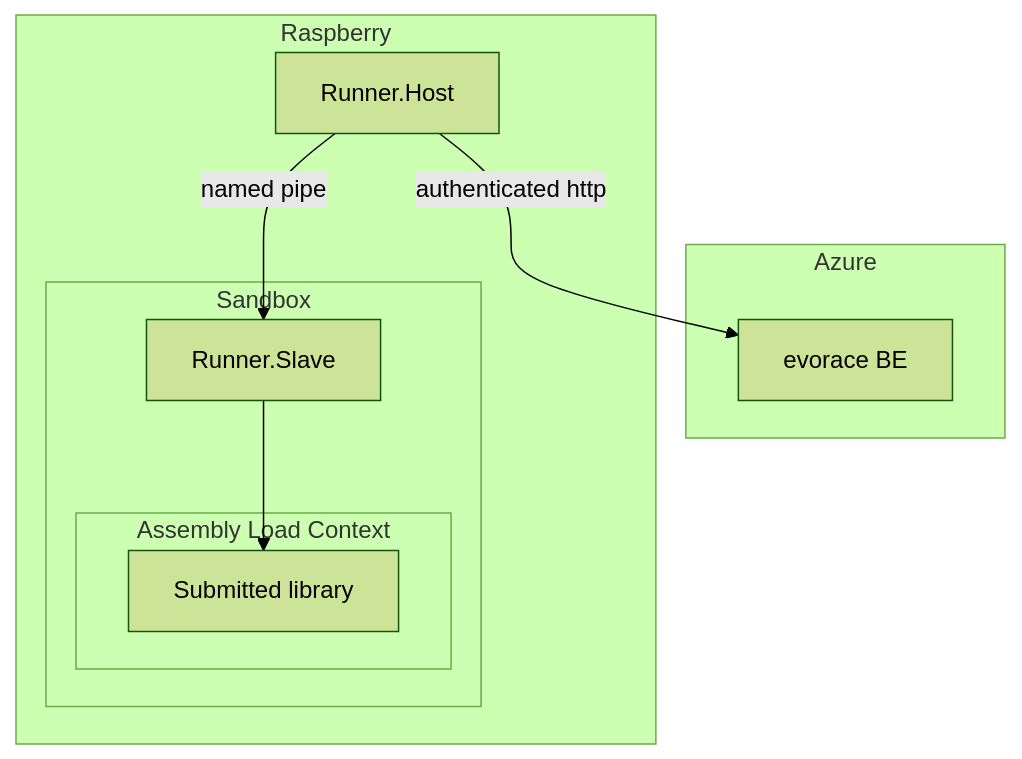
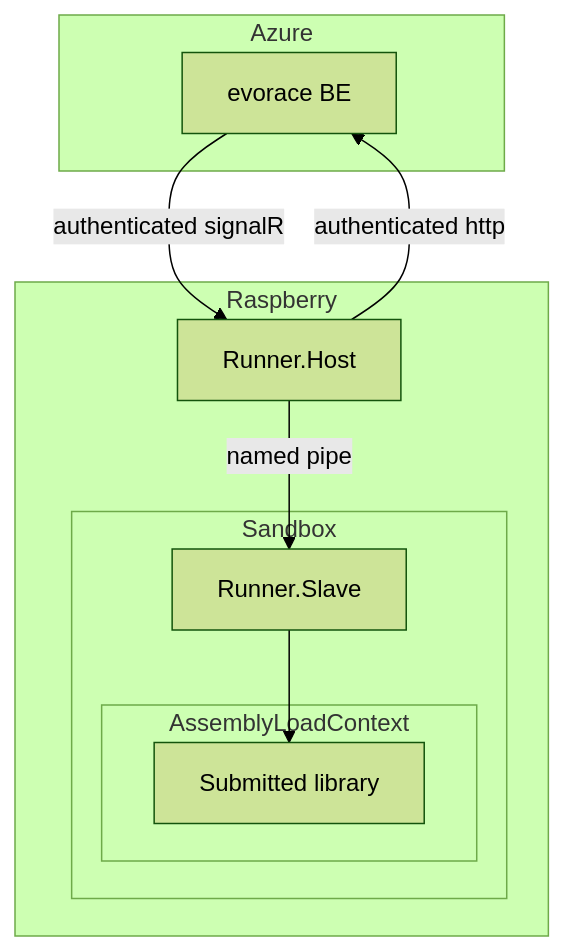
Before and after one commit to sanraith/evocontest: the third of 6 diagrams in docs/architecture.md, drawn with Mermaid (forest theme). The commit also changed other lines of this file and 2 other files, not shown here.

````diff
--- a/docs/architecture.md
+++ b/docs/architecture.md
@@ -65,21 +63,22 @@
 ```mermaid
 graph TD
 
 subgraph Azure
 	cloud[evorace BE]
 end
 
 subgraph Raspberry
 	host[Runner.Host]
 	subgraph Sandbox
 		slave[Runner.Slave]
-		subgraph Assembly Load Context
+		subgraph AssemblyLoadContext
 			dll[Submitted library]
 		end
 	end
 end
 
 host -->|authenticated http| cloud
+cloud -->|authenticated signalR| host
 host -->|named pipe| slave
 slave --> dll
 ```
````
